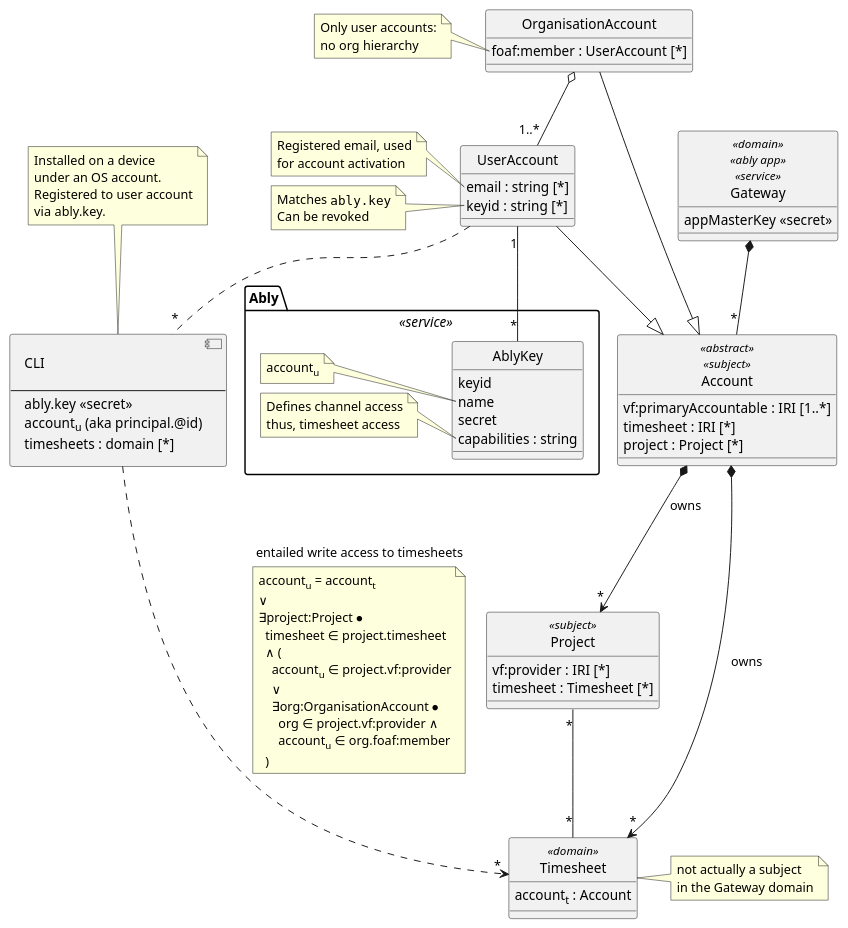
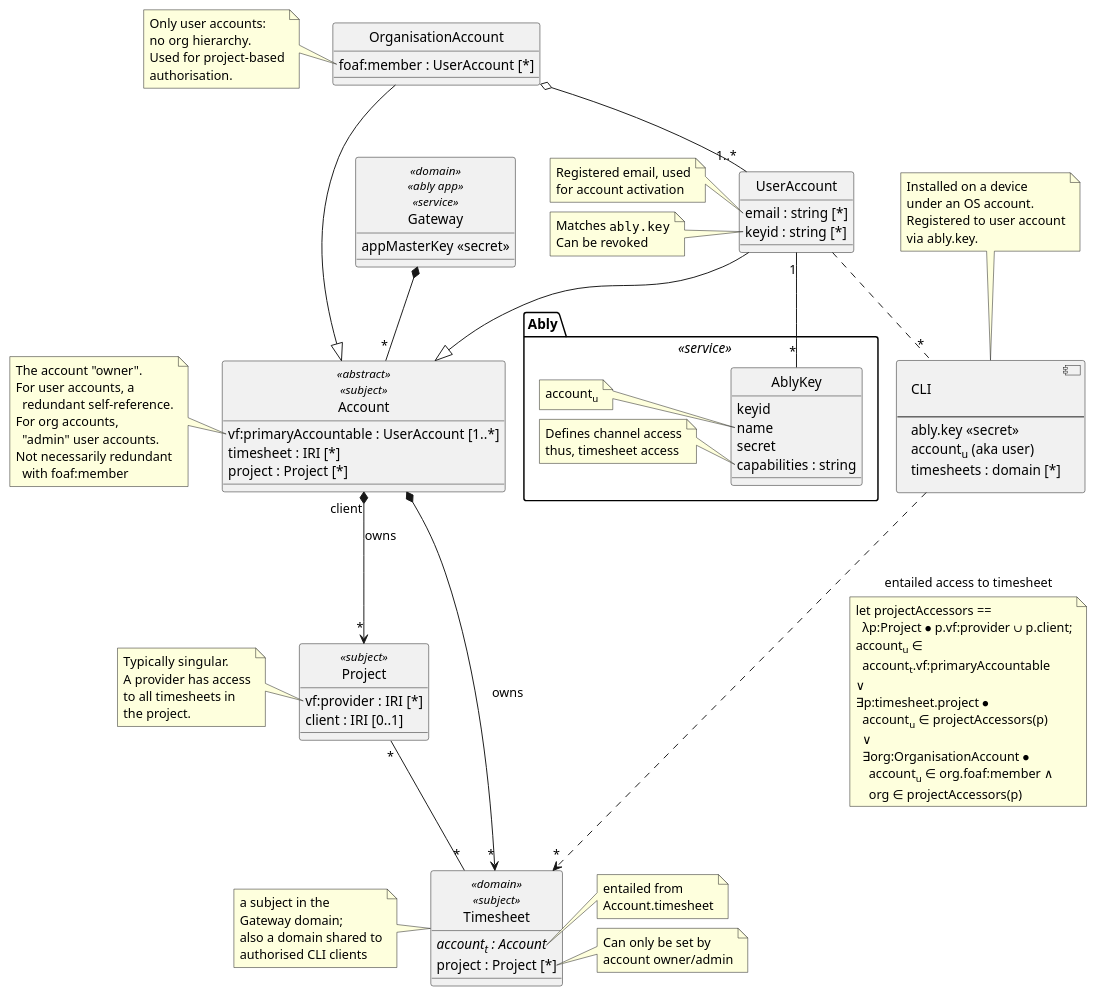
Before and after one commit to m-ld/timeld: the diagram in architecture/security/accounts.class.puml, drawn with PlantUML. The commit also changed 6 other files, not shown here.

Commit message:
#16: Security refinement: timesheet project can only be changed via timesheet owning account

```diff
--- a/architecture/security/accounts.class.puml
+++ b/architecture/security/accounts.class.puml
@@ -1,112 +1,140 @@
 @startuml
 'https://plantuml.com/class-diagram
 
 hide circle
 allowmixing
 
 class Gateway <<domain>> <<ably app>> <<service>> {
   appMasterKey <<secret>>
 }
 
 Gateway *-- "*" Account
 
 class Account <<abstract>> <<subject>> {
-  vf:primaryAccountable : IRI [1..*]
+  vf:primaryAccountable : UserAccount [1..*]
   timesheet : IRI [*]
   project : Project [*]
 }
+note left of Account::vf:primaryAccountable
+  The account "owner".
+  For user accounts, a
+    redundant self-reference.
+  For org accounts,
+    "admin" user accounts.
+  Not necessarily redundant
+    with foaf:member
+end note
 
 Account *--> "*" Timesheet: owns
 
-Account *--> "*" Project: owns
+Account "client" *--> "*" Project: owns
 
 class UserAccount {
   email : string [*]
   keyid : string [*]
 }
 note left of UserAccount::email
   Registered email, used
   for account activation
 end note
 note left of UserAccount::keyid
   Matches ""ably.key""
   Can be revoked
 end note
 UserAccount --|> Account
 
 class OrganisationAccount {
   foaf:member : UserAccount [*]
 }
 note left of OrganisationAccount::foaf:member
   Only user accounts:
-  no org hierarchy
+  no org hierarchy.
+  Used for project-based
+  authorisation.
 end note
 OrganisationAccount --|> Account
 OrganisationAccount o-- "1..*" UserAccount
 
-class Timesheet <<domain>> {
-  account<sub>t</sub> : Account
+class Timesheet <<domain>> <<subject>> {
+  //account<sub>t</sub> : Account//
+  project : Project [*]
 }
-note right of Timesheet
-  not actually a subject
-  in the Gateway domain
+note left of Timesheet
+  a subject in the
+  Gateway domain;
+  also a domain shared to
+  authorised CLI clients
+end note
+note right of Timesheet::account
+  entailed from
+  Account.timesheet
+end note
+note right of Timesheet::project
+  Can only be set by
+  account owner/admin
 end note
 
 class Project <<subject>> {
   vf:provider : IRI [*]
-  timesheet : Timesheet [*]
+  client : IRI [0..1]
 }
+note left of Project::vf:provider
+  Typically singular.
+  A provider has access
+  to all timesheets in
+  the project.
+end note
 
 Project "*" -- "*" Timesheet
 
 component CLI [
   CLI
 
   ---
   ably.key <<secret>>
-  account<sub>u</sub> (aka principal.@id)
+  account<sub>u</sub> (aka user)
   timesheets : domain [*]
 ]
 note top of CLI
   Installed on a device
   under an OS account.
   Registered to user account
   via ably.key.
 end note
 
 UserAccount .. "*" CLI
 
-CLI ..> "*" Timesheet: entailed write access to timesheets
+CLI ..> "*" Timesheet: entailed access to timesheet
 note bottom on link
-  account<sub>u</sub> = account<sub>t</sub>
+  let projectAccessors ==
+    λp:Project ⦁ p.vf:provider ∪ p.client;
+  account<sub>u</sub> ∈
+    account<sub>t</sub>.vf:primaryAccountable
   ∨
-  ∃project:Project ⦁
-    timesheet ∈ project.timesheet
-    ∧ (
-      account<sub>u</sub> ∈ project.vf:provider
-      ∨
-      ∃org:OrganisationAccount ⦁
-        org ∈ project.vf:provider ∧
-        account<sub>u</sub> ∈ org.foaf:member
-    )
+  ∃p:timesheet.project ⦁
+    account<sub>u</sub> ∈ projectAccessors(p)
+    ∨
+    ∃org:OrganisationAccount ⦁
+      account<sub>u</sub> ∈ org.foaf:member ∧
+      org ∈ projectAccessors(p)
 end note
 
 package Ably <<service>> {
   class AblyKey {
     keyid
     name
     secret
     capabilities : string
   }
   note left of AblyKey::name
     account<sub>u</sub>
   end note
   note left of AblyKey::capabilities
     Defines channel access
     thus, timesheet access
   end note
 
   UserAccount "1" -- "*" AblyKey
 }
 
 @enduml
```
